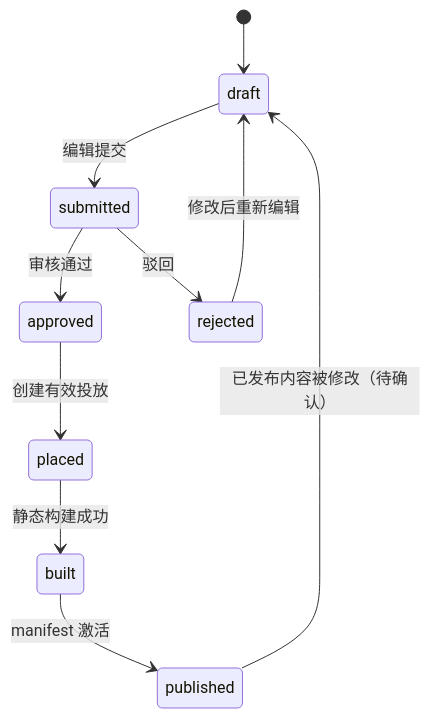
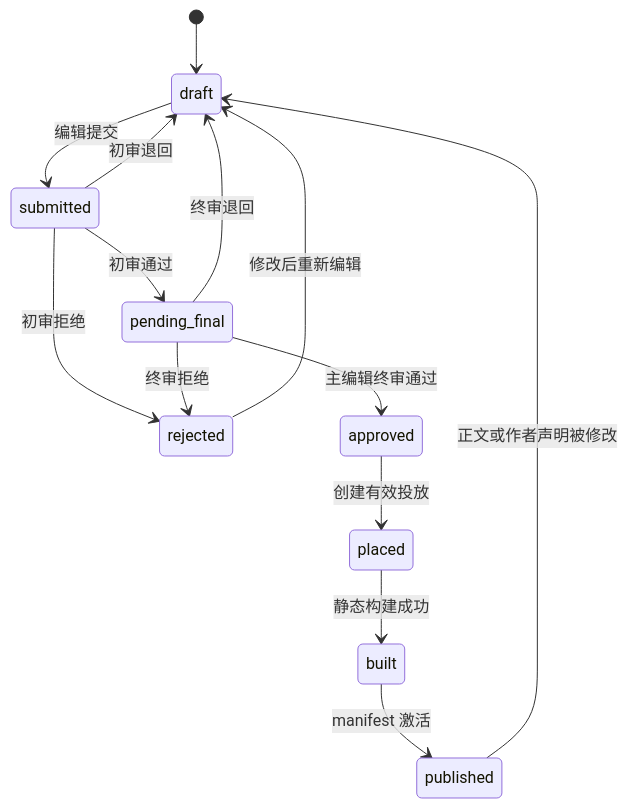
One commit to hui76386-lab/AI-Author-Forum changed the diagram in docs/cms-development/02-core-business-workflows.zh-CN.md. Above: the diagram before and after it, drawn with Mermaid. The commit also changed other lines of this file and 214 other files, not shown here.

````diff
--- a/docs/cms-development/02-core-business-workflows.zh-CN.md
+++ b/docs/cms-development/02-core-business-workflows.zh-CN.md
@@ -52,12 +53,16 @@
 ```mermaid
 stateDiagram-v2
     [*] --> draft
     draft --> submitted: 编辑提交
-    submitted --> approved: 审核通过
-    submitted --> rejected: 驳回
+    submitted --> pending_final: 初审通过
+    submitted --> draft: 初审退回
+    submitted --> rejected: 初审拒绝
+    pending_final --> approved: 主编辑终审通过
+    pending_final --> draft: 终审退回
+    pending_final --> rejected: 终审拒绝
     rejected --> draft: 修改后重新编辑
     approved --> placed: 创建有效投放
     placed --> built: 静态构建成功
     built --> published: manifest 激活
-    published --> draft: 已发布内容被修改（待确认）
+    published --> draft: 正文或作者声明被修改
 ```
````
